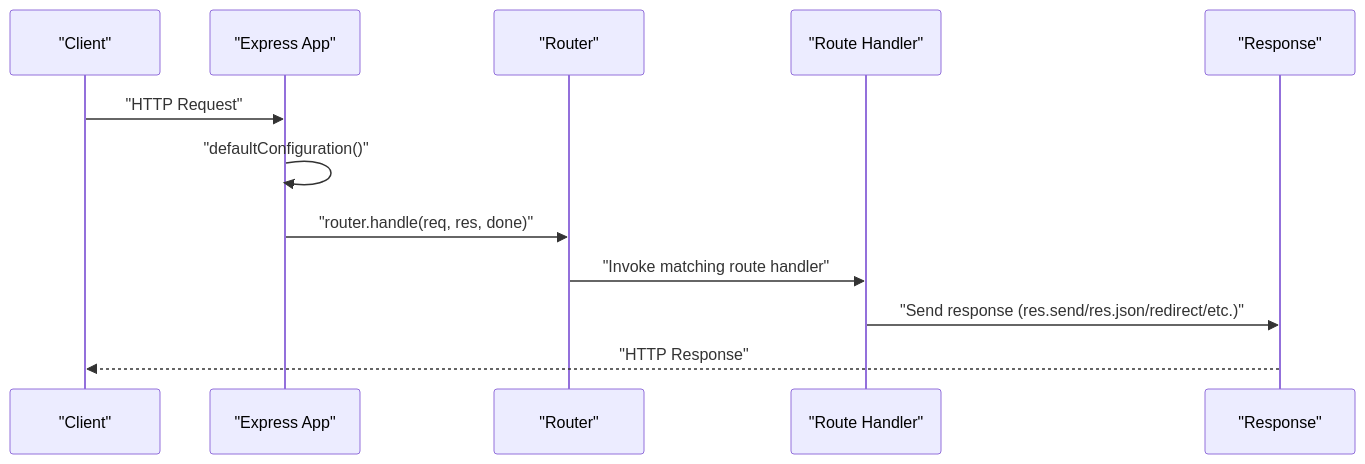
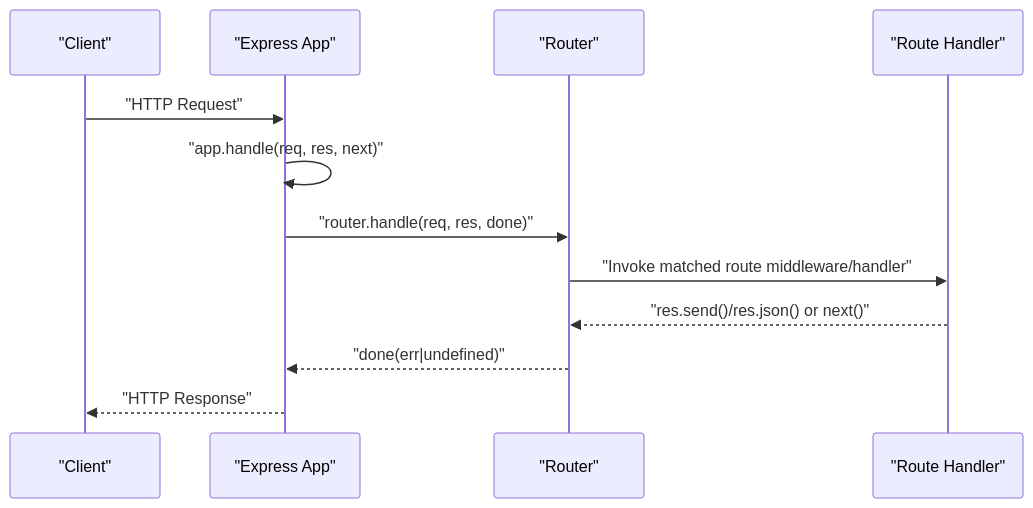
Before and after one commit to mandalpiyush/express: the second of 6 diagrams in .qoder/repowiki/en/content/Getting Started.md, drawn with Mermaid. The commit also changed other lines of this file and 137 other files, not shown here.

````diff
--- a/.qoder/repowiki/en/content/Getting Started.md
+++ b/.qoder/repowiki/en/content/Getting Started.md
@@ -111,14 +92,14 @@
 ```mermaid
 sequenceDiagram
 participant Client as "Client"
 participant App as "Express App"
 participant Router as "Router"
 participant Handler as "Route Handler"
-participant Resp as "Response"
 Client->>App : "HTTP Request"
-App->>App : "defaultConfiguration()"
+App->>App : "app.handle(req, res, next)"
 App->>Router : "router.handle(req, res, done)"
-Router->>Handler : "Invoke matching route handler"
-Handler->>Resp : "Send response (res.send/res.json/redirect/etc.)"
-Resp-->>Client : "HTTP Response"
+Router->>Handler : "Invoke matched route middleware/handler"
+Handler-->>Router : "res.send()/res.json() or next()"
+Router-->>App : "done(err|undefined)"
+App-->>Client : "HTTP Response"
 ```
````
